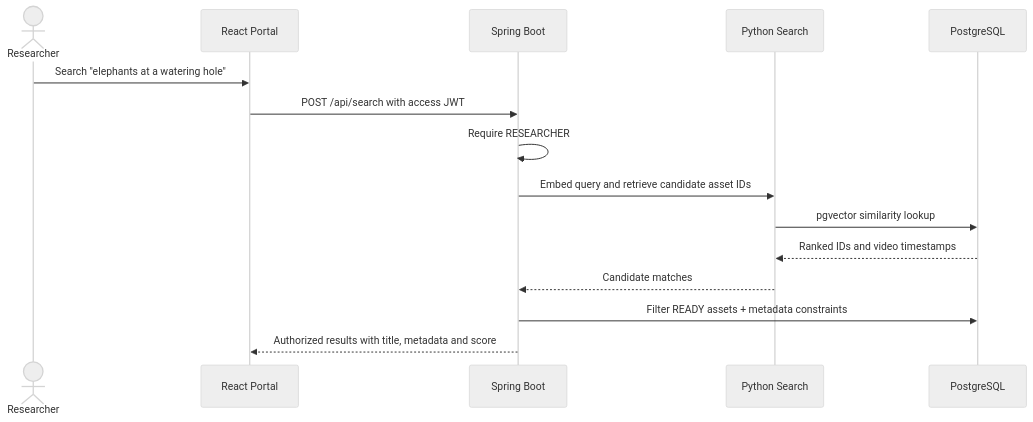
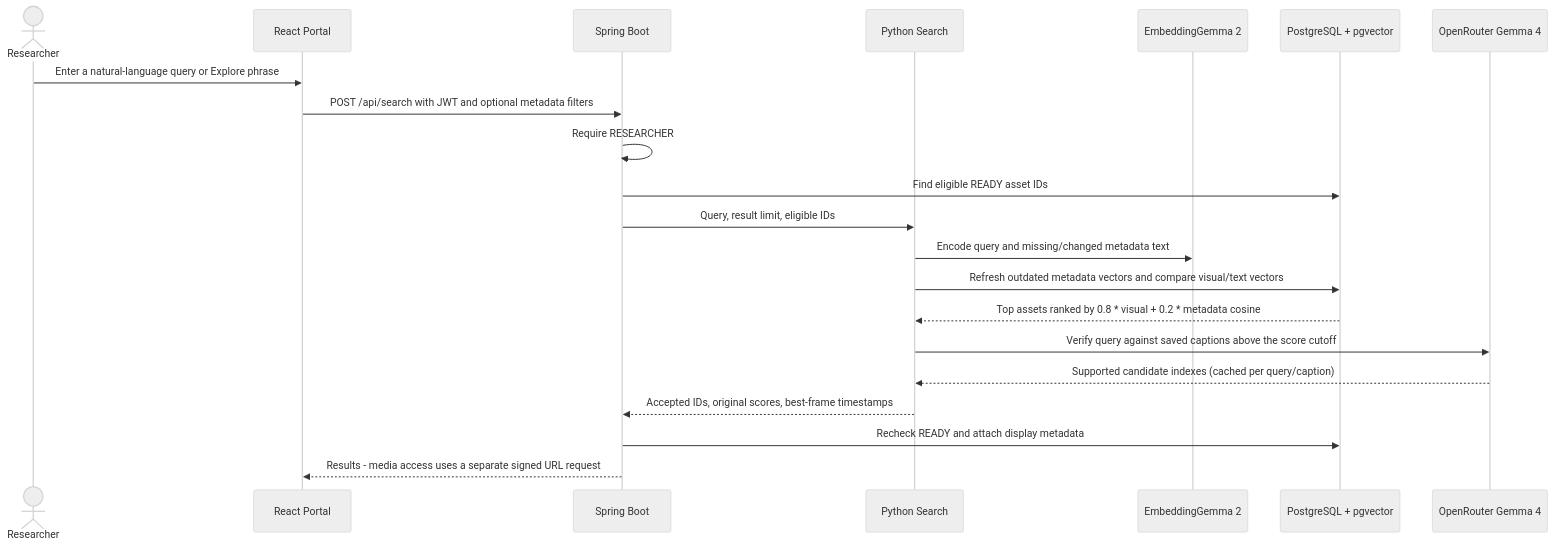
Before and after one commit to sagarparker/CMPE_272_PROJECT: the fifth of 7 diagrams in README.md, drawn with Mermaid (neutral theme). The commit also changed other lines of this file and 27 other files, not shown here.

Commit message:
Use OpenRouter for captions and document hybrid search in Mermaid

````diff
--- a/README.md
+++ b/README.md
@@ -235,17 +232,23 @@
 ```mermaid
 sequenceDiagram
     actor Researcher
     participant UI as React Portal
     participant API as Spring Boot
     participant ML as Python Search
-    participant DB as PostgreSQL
-    Researcher->>UI: Search "elephants at a watering hole"
-    UI->>API: POST /api/search with access JWT
+    participant Embed as EmbeddingGemma 2
+    participant DB as PostgreSQL + pgvector
+    participant Router as OpenRouter Gemma 4
+    Researcher->>UI: Enter a natural-language query or Explore phrase
+    UI->>API: POST /api/search with JWT and optional metadata filters
     API->>API: Require RESEARCHER
-    API->>ML: Embed query and retrieve candidate asset IDs
-    ML->>DB: pgvector similarity lookup
-    DB-->>ML: Ranked IDs and video timestamps
-    ML-->>API: Candidate matches
-    API->>DB: Filter READY assets + metadata constraints
-    API-->>UI: Authorized results with title, metadata and score
+    API->>DB: Find eligible READY asset IDs
+    API->>ML: Query, result limit, eligible IDs
+    ML->>Embed: Encode query and missing/changed metadata text
+    ML->>DB: Refresh outdated metadata vectors and compare visual/text vectors
+    DB-->>ML: Top assets ranked by 0.8 * visual + 0.2 * metadata cosine
+    ML->>Router: Verify query against saved captions above the score cutoff
+    Router-->>ML: Supported candidate indexes (cached per query/caption)
+    ML-->>API: Accepted IDs, original scores, best-frame timestamps
+    API->>DB: Recheck READY and attach display metadata
+    API-->>UI: Results - media access uses a separate signed URL request
 ```
````
